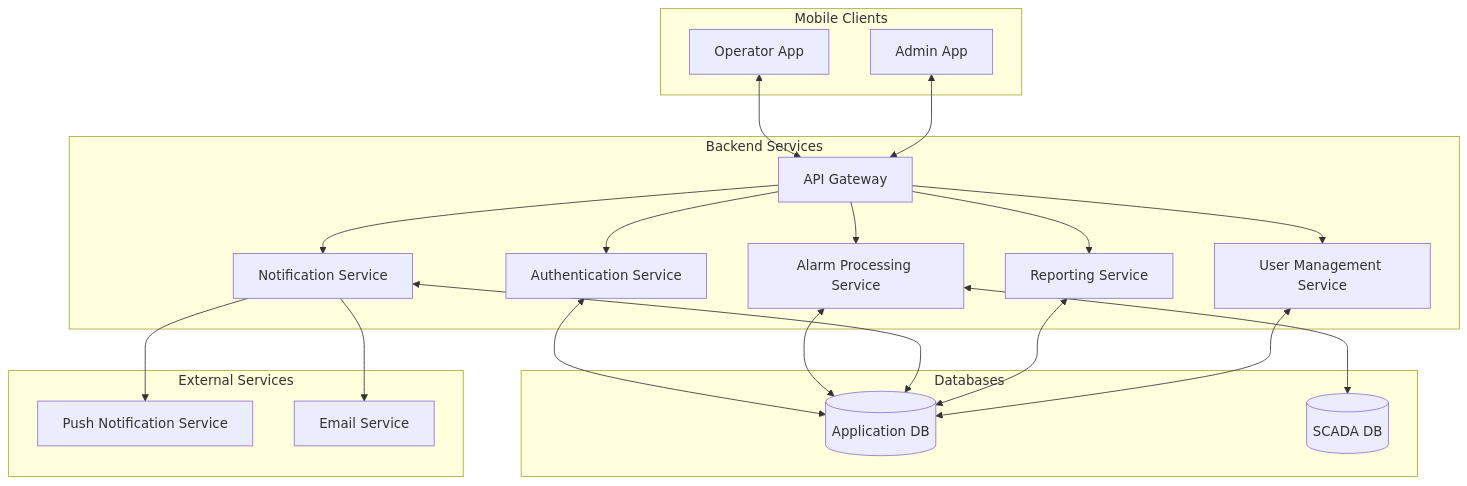
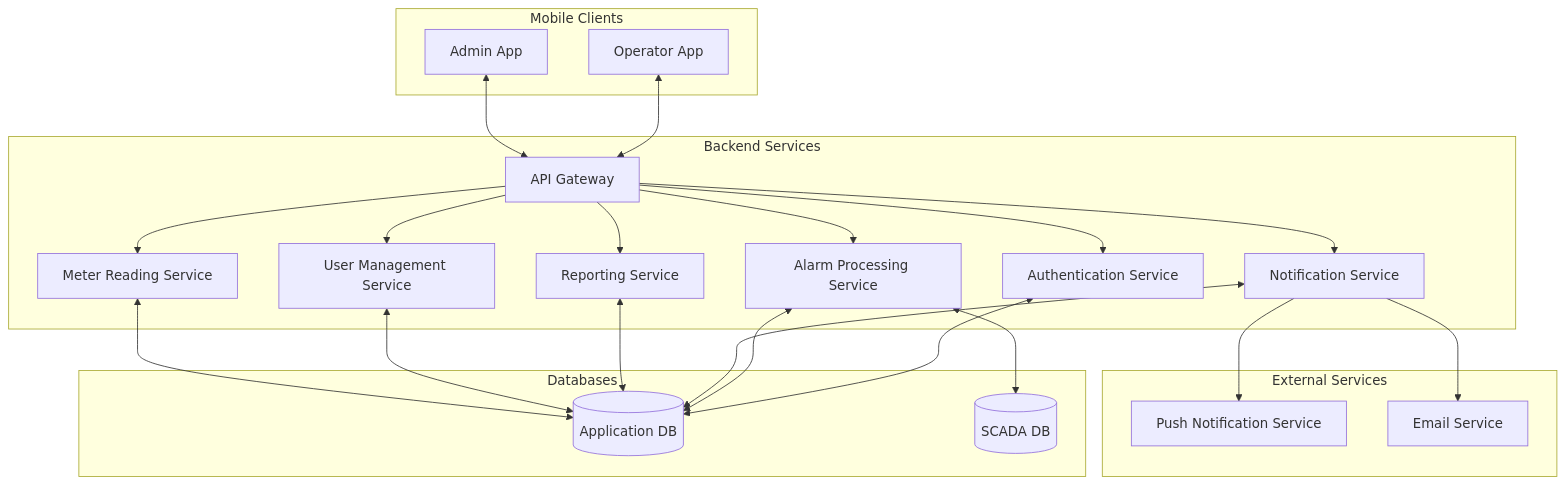
Before and after one commit to CHIRANJEEVICHETAN/Eagle-Notifier: the first of 8 diagrams in README.md, drawn with Mermaid. The commit also changed other lines of this file and 2 other files, not shown here.

````diff
--- a/README.md
+++ b/README.md
@@ -93,42 +99,45 @@
 ```mermaid
 flowchart TD
     subgraph "Mobile Clients"
         A[Operator App] 
         B[Admin App]
     end
 
     subgraph "Backend Services"
         C[API Gateway]
         D[Authentication Service]
         E[Alarm Processing Service]
         F[Notification Service]
         G[Reporting Service]
         H[User Management Service]
+        I[Meter Reading Service]
     end
 
     subgraph "Databases"
-        I[(Application DB)]
-        J[(SCADA DB)]
+        J[(Application DB)]
+        K[(SCADA DB)]
     end
 
     subgraph "External Services"
-        K[Push Notification Service]
-        L[Email Service]
+        L[Push Notification Service]
+        M[Email Service]
     end
 
     A <--> C
     B <--> C
     C --> D
     C --> E
     C --> F
     C --> G
     C --> H
-    D <--> I
-    E <--> I
-    F <--> I
-    G <--> I
-    H <--> I
+    C --> I
+    D <--> J
     E <--> J
-    F --> K
+    F <--> J
+    G <--> J
+    H <--> J
+    I <--> J
+    E <--> K
     F --> L
+    F --> M
 ```
````
